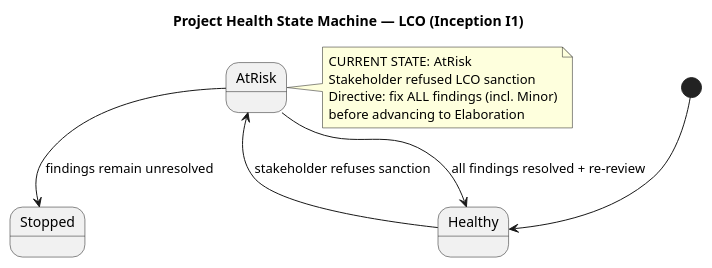
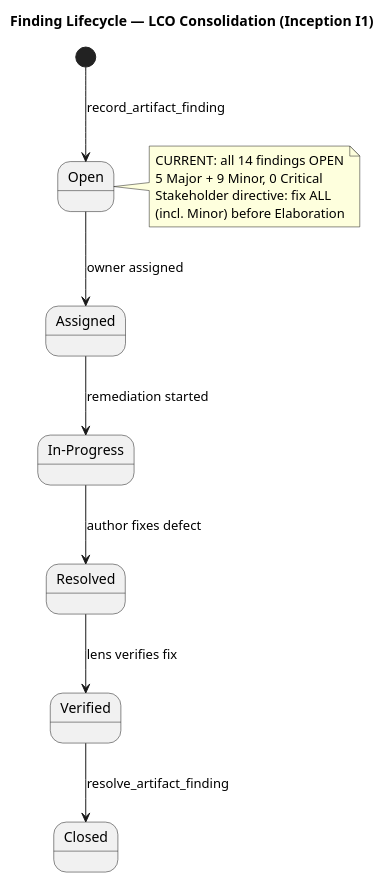
Before and after one commit to banense-test/trademe: the first of 3 diagrams in docs/artifacts/project-management/review-record.md, drawn with PlantUML. The commit also changed other lines of this file, not shown here.

First line of the commit message:
Review Coordinator [I1]: upsert Review Record

````diff
--- a/docs/artifacts/project-management/review-record.md
+++ b/docs/artifacts/project-management/review-record.md
@@ -75,21 +34,26 @@
 ```plantuml
 @startuml
-title Project Health State Machine — LCO (Inception I1)
+title Finding Lifecycle — LCO Consolidation (Inception I1)
 
-state "Healthy" as Healthy
-state "AtRisk" as AtRisk
-state "Stopped" as Stopped
+state "Open" as Open
+state "Assigned" as Assigned
+state "In-Progress" as InProgress
+state "Resolved" as Resolved
+state "Verified" as Verified
+state "Closed" as Closed
 
-[*] --> Healthy
-Healthy --> AtRisk : stakeholder refuses sanction
-AtRisk --> Stopped : findings remain unresolved
-AtRisk --> Healthy : all findings resolved + re-review
+[*] --> Open : record_artifact_finding
+Open --> Assigned : owner assigned
+Assigned --> InProgress : remediation started
+InProgress --> Resolved : author fixes defect
+Resolved --> Verified : lens verifies fix
+Verified --> Closed : resolve_artifact_finding
 
-note right of AtRisk
-  CURRENT STATE: AtRisk
-  Stakeholder refused LCO sanction
-  Directive: fix ALL findings (incl. Minor)
-  before advancing to Elaboration
+note right of Open
+  CURRENT: all 14 findings OPEN
+  5 Major + 9 Minor, 0 Critical
+  Stakeholder directive: fix ALL
+  (incl. Minor) before Elaboration
 end note
 @enduml
 ```
````
